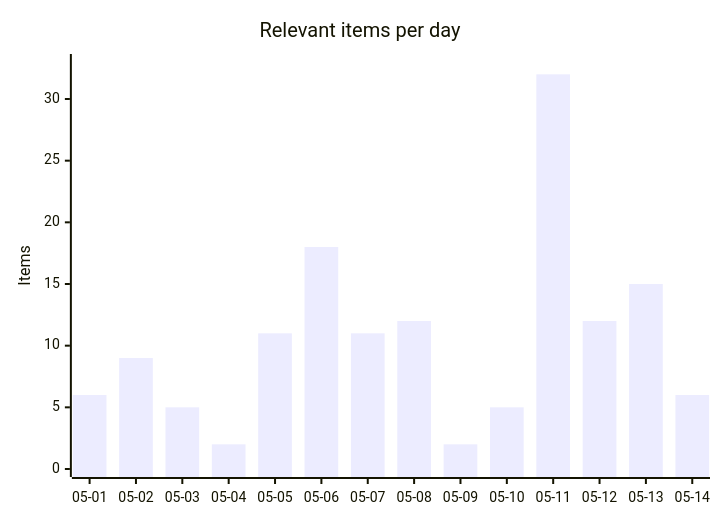
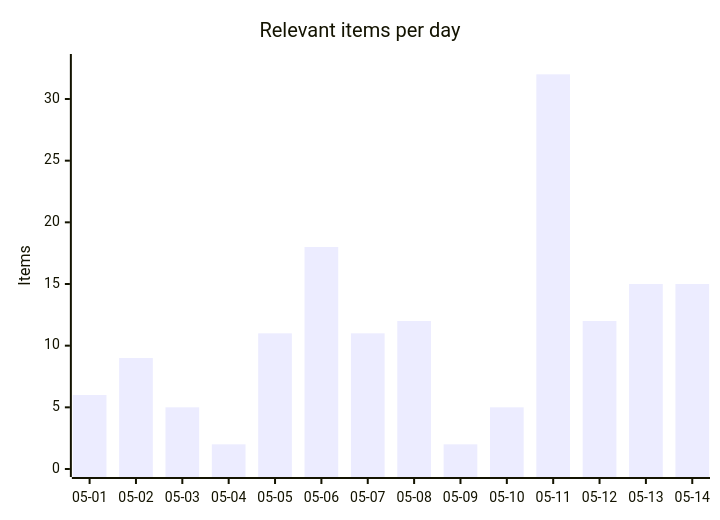
The first of 4 diagrams in README.md (martinbalfanz/social-scanner-reports), drawn with Mermaid before and after one commit. The commit also changed other lines of this file and 2 other files, not shown here.

````diff
--- a/README.md
+++ b/README.md
@@ -30,7 +30,7 @@
 ```mermaid
 xychart-beta
     title "Relevant items per day"
     x-axis ["05-01", "05-02", "05-03", "05-04", "05-05", "05-06", "05-07", "05-08", "05-09", "05-10", "05-11", "05-12", "05-13", "05-14"]
     y-axis "Items" 0 --> 33
-    bar [6, 9, 5, 2, 11, 18, 11, 12, 2, 5, 32, 12, 15, 6]
+    bar [6, 9, 5, 2, 11, 18, 11, 12, 2, 5, 32, 12, 15, 15]
 ```
````
